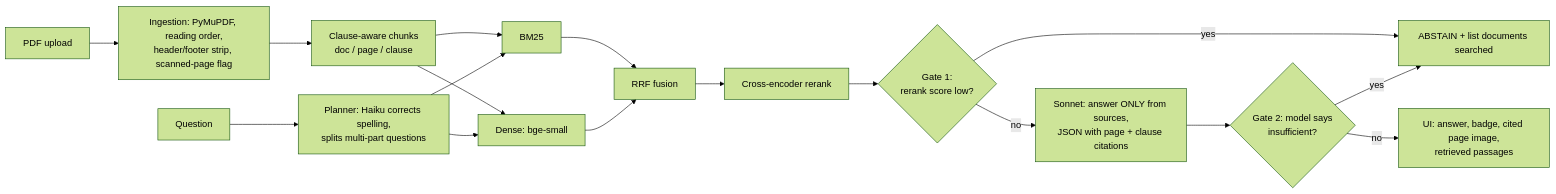
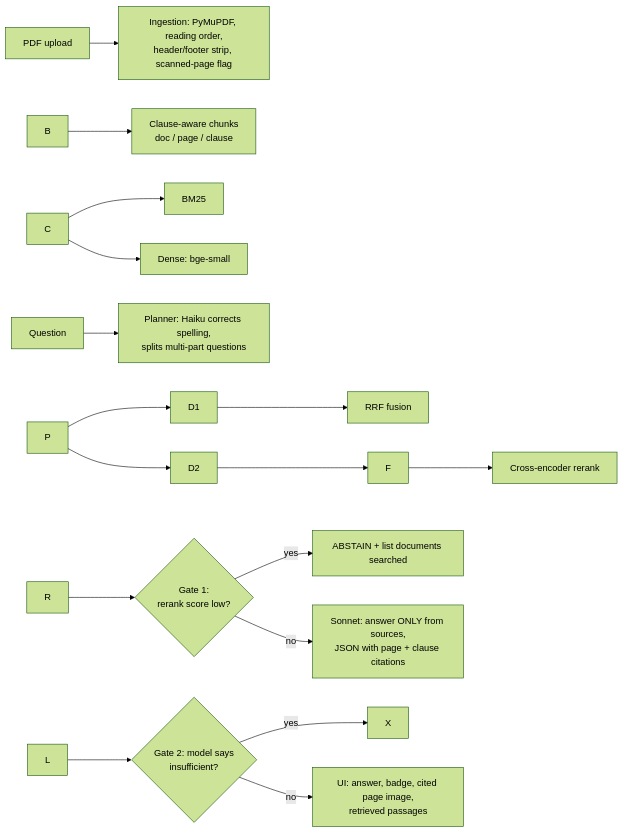
One commit to Rizwan-SK/lexisync changed the diagram in README.md. Above: the diagram before and after it, drawn with Mermaid (forest theme). The commit also changed other lines of this file, not shown here.

````diff
--- a/README.md
+++ b/README.md
@@ -7,19 +66,19 @@
 ```mermaid
 flowchart LR
-  A[PDF upload] --> B[Ingestion: PyMuPDF, reading order,<br/>header/footer strip, scanned-page flag]
-  B --> C[Clause-aware chunks<br/>doc / page / clause]
-  C --> D1[BM25]
-  C --> D2[Dense: bge-small]
-  Q[Question] --> P[Planner: Haiku corrects spelling,<br/>splits multi-part questions]
+  A\\\\\\\[PDF upload] --> B\\\\\\\[Ingestion: PyMuPDF, reading order,<br/>header/footer strip, scanned-page flag]
+  B --> C\\\\\\\[Clause-aware chunks<br/>doc / page / clause]
+  C --> D1\\\\\\\[BM25]
+  C --> D2\\\\\\\[Dense: bge-small]
+  Q\\\\\\\[Question] --> P\\\\\\\[Planner: Haiku corrects spelling,<br/>splits multi-part questions]
   P --> D1
   P --> D2
-  D1 --> F[RRF fusion]
+  D1 --> F\\\\\\\[RRF fusion]
   D2 --> F
-  F --> R[Cross-encoder rerank]
+  F --> R\\\\\\\[Cross-encoder rerank]
   R --> G1{Gate 1:<br/>rerank score low?}
-  G1 -- yes --> X[ABSTAIN + list documents searched]
-  G1 -- no --> L[Sonnet: answer ONLY from sources,<br/>JSON with page + clause citations]
+  G1 -- yes --> X\\\\\\\[ABSTAIN + list documents searched]
+  G1 -- no --> L\\\\\\\[Sonnet: answer ONLY from sources,<br/>JSON with page + clause citations]
   L --> G2{Gate 2: model says<br/>insufficient?}
   G2 -- yes --> X
-  G2 -- no --> U[UI: answer, badge, cited page image,<br/>retrieved passages]
+  G2 -- no --> U\\\\\\\[UI: answer, badge, cited page image,<br/>retrieved passages]
 ```
````
